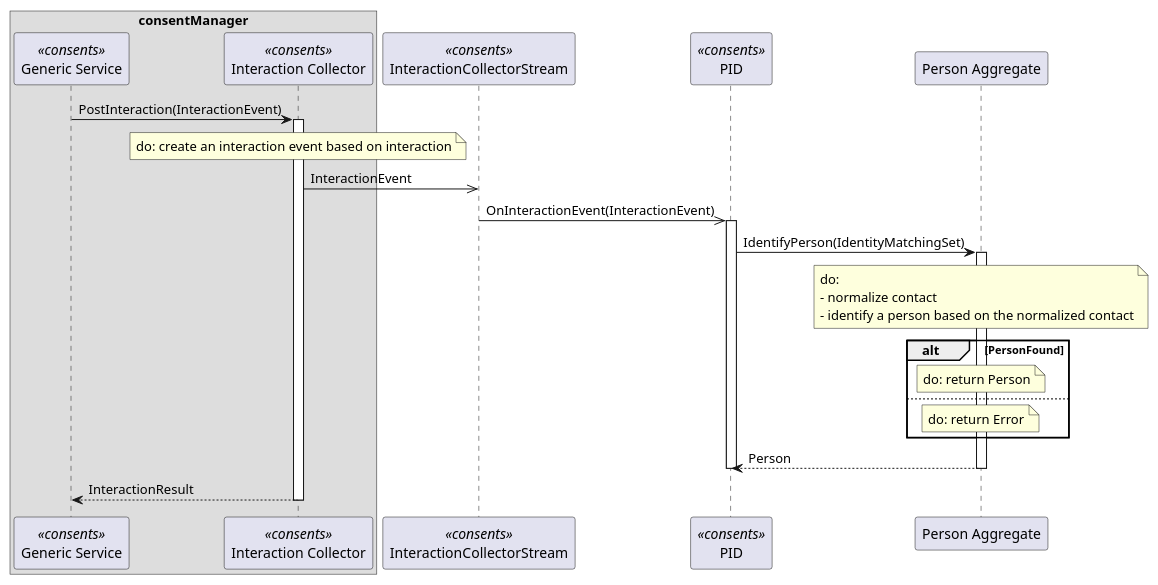
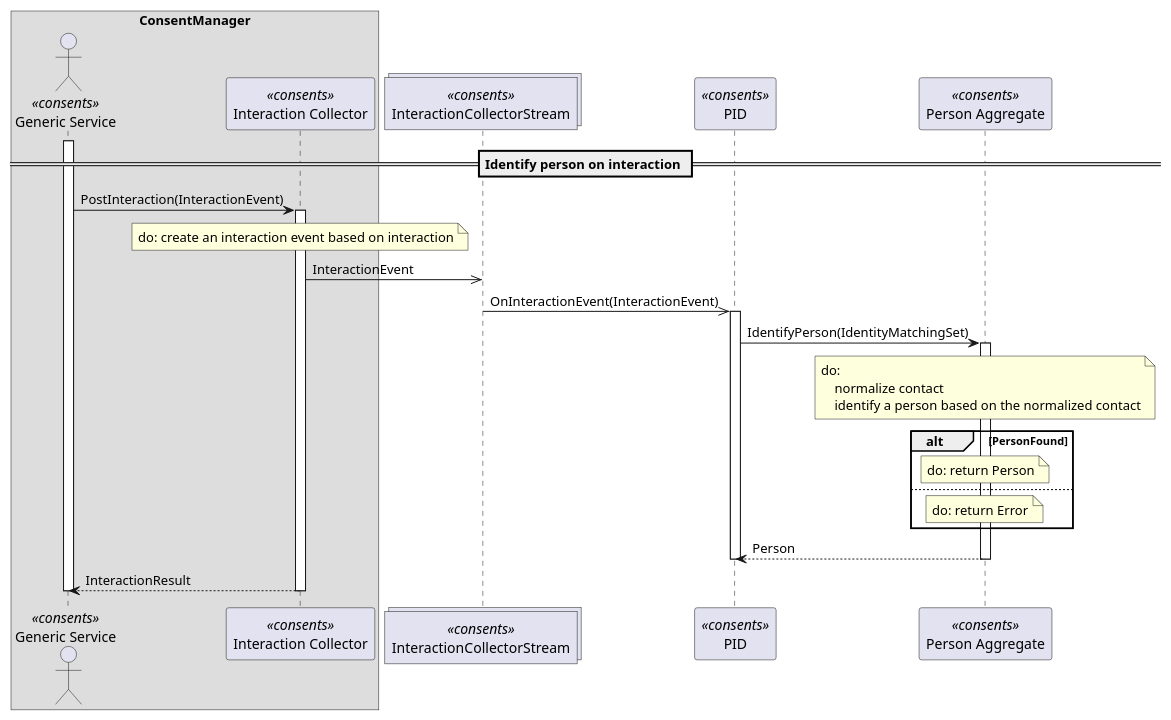
The second of 2 diagrams in README.md (TypedUseCase/tuc-console), drawn with PlantUML before and after one commit. The commit also changed other lines of this file and 5 other files, not shown here.

````diff
--- a/README.md
+++ b/README.md
@@ -136,50 +144,44 @@
 ```puml
-@startuml
-box "consentManager"
-  participant "Generic Service"  as GenericService <<consents>>
-  participant "Interaction Collector" as InteractionCollector <<consents>>
+@startuml definition
+
+== Identify person on interaction ==
+
+box "ConsentManager"
+    actor "Generic Service" as GenericService <<consents>>
+    participant "Interaction Collector" as InteractionCollector <<consents>>
 end box
+collections "InteractionCollectorStream" as InteractionCollectorStream <<consents>>
+participant "PID" as PersonIdentificationEngine <<consents>>
+participant "Person Aggregate" as PersonAggregate <<consents>>
 
-participant "InteractionCollectorStream" as InteractionCollectorStream <<consents>>
-participant "PID" as PersonIdentificationEngine <<consents>>
-participant "Person Aggregate" as PersonAggregate
+activate GenericService
+GenericService -> InteractionCollector ++: PostInteraction(InteractionEvent)
+    note over InteractionCollector
+    do: create an interaction event based on interaction
+    end note
+    InteractionCollector ->> InteractionCollectorStream: InteractionEvent
+    InteractionCollectorStream ->> PersonIdentificationEngine: OnInteractionEvent(InteractionEvent)
+        activate PersonIdentificationEngine
+        PersonIdentificationEngine -> PersonAggregate ++: IdentifyPerson(IdentityMatchingSet)
+            note over PersonAggregate
+            do:
+                normalize contact
+                identify a person based on the normalized contact
+            end note
+            alt PersonFound
+                note over PersonAggregate
+                do: return Person
+                end note
+            else
+                note over PersonAggregate
+                do: return Error
+                end note
+            end
+        PersonAggregate --> PersonIdentificationEngine --: Person
+        deactivate PersonIdentificationEngine
+InteractionCollector --> GenericService --: InteractionResult
 
-GenericService -> InteractionCollector : PostInteraction(InteractionEvent)
-activate InteractionCollector
+deactivate GenericService
 
-note over InteractionCollector
-do: create an interaction event based on interaction
-end note
-
-InteractionCollector ->> InteractionCollectorStream : InteractionEvent
-
-InteractionCollectorStream ->> PersonIdentificationEngine: OnInteractionEvent(InteractionEvent)
-activate PersonIdentificationEngine
-
-PersonIdentificationEngine -> PersonAggregate : IdentifyPerson(IdentityMatchingSet)
-activate PersonAggregate
-note over PersonAggregate
-do:
-- normalize contact
-- identify a person based on the normalized contact
-end note
-
-alt PersonFound
-  note over PersonAggregate
-    do: return Person
-  end note
-else
-  note over PersonAggregate
-    do: return Error
-  end note
-end
-
-PersonAggregate --> PersonIdentificationEngine : Person
-deactivate PersonAggregate
-
-deactivate PersonIdentificationEngine
-InteractionCollector --> GenericService: InteractionResult
-
-deactivate InteractionCollector
 @enduml
 ```
````
